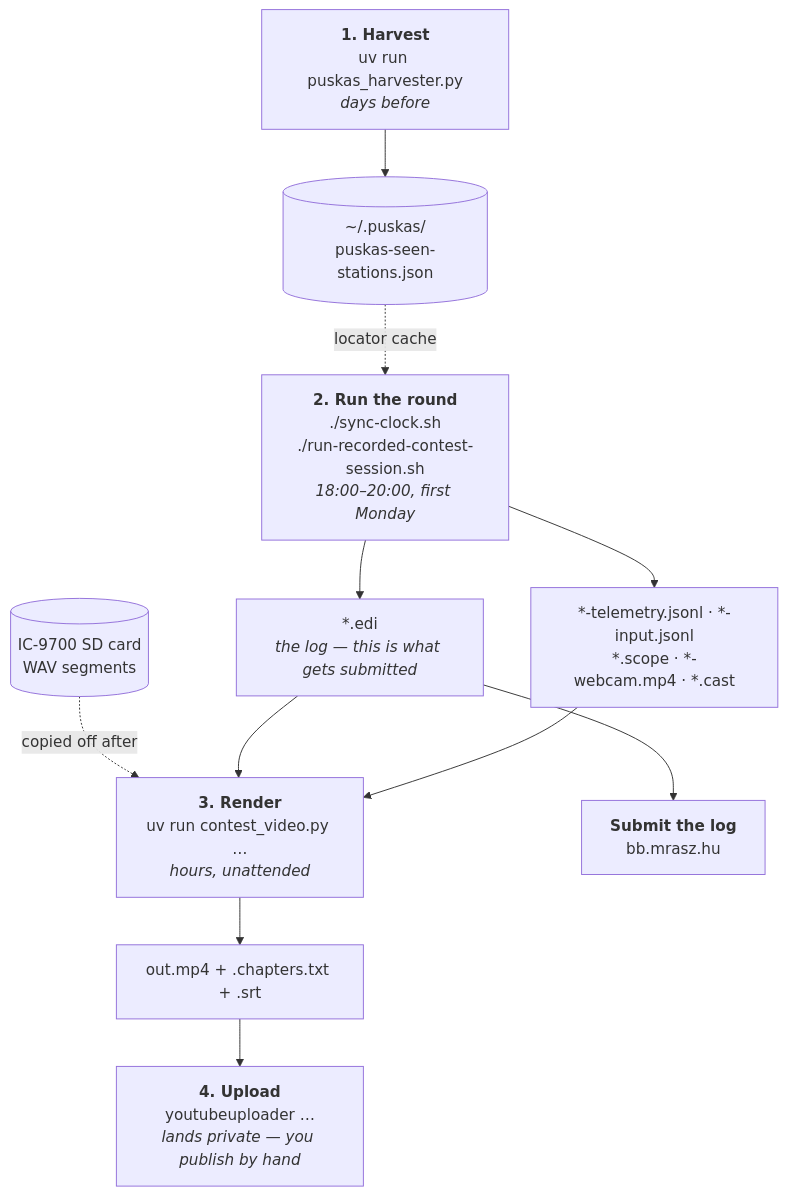
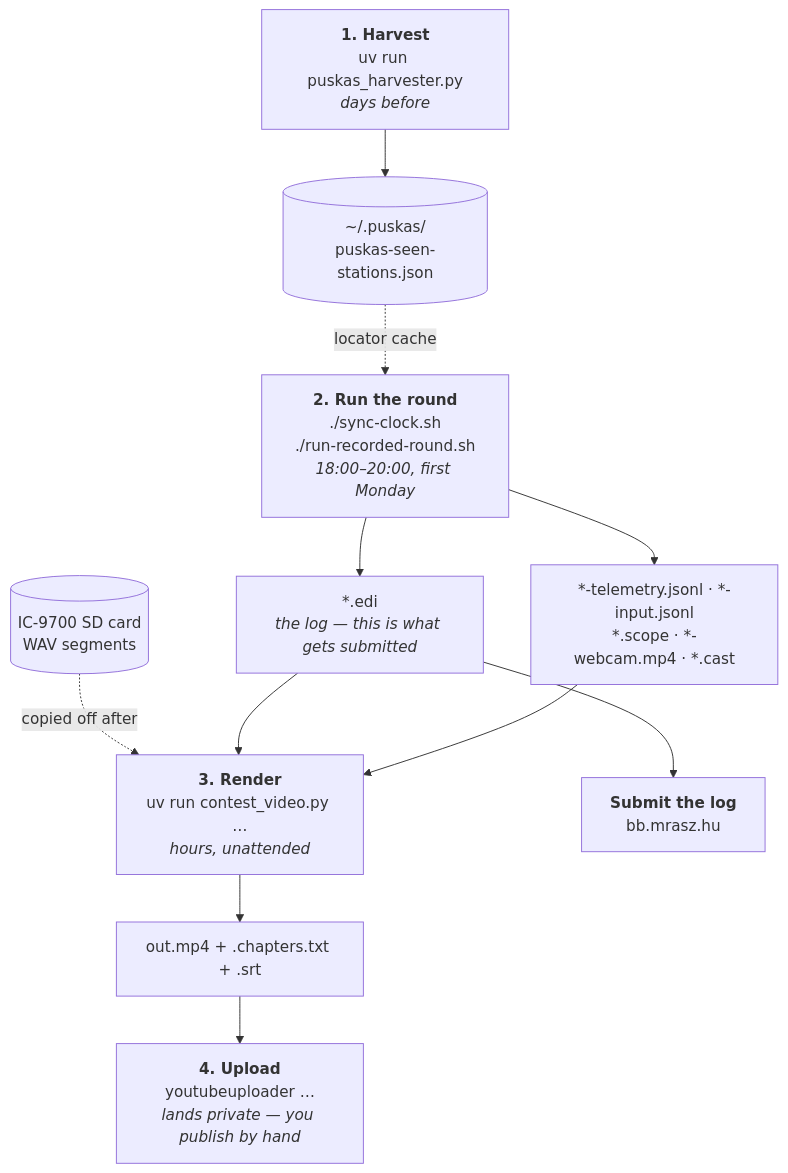
One commit to ha5la/urhpk changed the diagram in docs/PIPELINE.md. Above: the diagram before and after it, drawn with Mermaid. The commit also changed other lines of this file and 11 other files, not shown here.

First line of the commit message:
Rename the round entrypoint to run-recorded-round.sh

````diff
--- a/docs/PIPELINE.md
+++ b/docs/PIPELINE.md
@@ -7,21 +7,21 @@
 ```mermaid
 flowchart TD
     H["<b>1. Harvest</b><br/>uv run puskas_harvester.py<br/><i>days before</i>"]
     --> HDB[("~/.puskas/<br/>puskas-seen-stations.json")]
 
-    C["<b>2. Run the round</b><br/>./sync-clock.sh<br/>./run-recorded-contest-session.sh<br/><i>18:00–20:00, first Monday</i>"]
+    C["<b>2. Run the round</b><br/>./sync-clock.sh<br/>./run-recorded-round.sh<br/><i>18:00–20:00, first Monday</i>"]
     HDB -.locator cache.-> C
 
     C --> EDI["*.edi<br/><i>the log — this is what gets submitted</i>"]
     C --> SIDE["*-telemetry.jsonl · *-input.jsonl<br/>*.scope · *-webcam.mp4 · *.cast"]
     R[("IC-9700 SD card<br/>WAV segments")] -.copied off after.-> V
 
     V["<b>3. Render</b><br/>uv run contest_video.py …<br/><i>hours, unattended</i>"]
     EDI --> V
     SIDE --> V
     V --> MP4["out.mp4 + .chapters.txt + .srt"]
 
     MP4 --> U["<b>4. Upload</b><br/>youtubeuploader …<br/><i>lands private — you publish by hand</i>"]
 
     EDI --> S["<b>Submit the log</b><br/>bb.mrasz.hu"]
 ```
````
